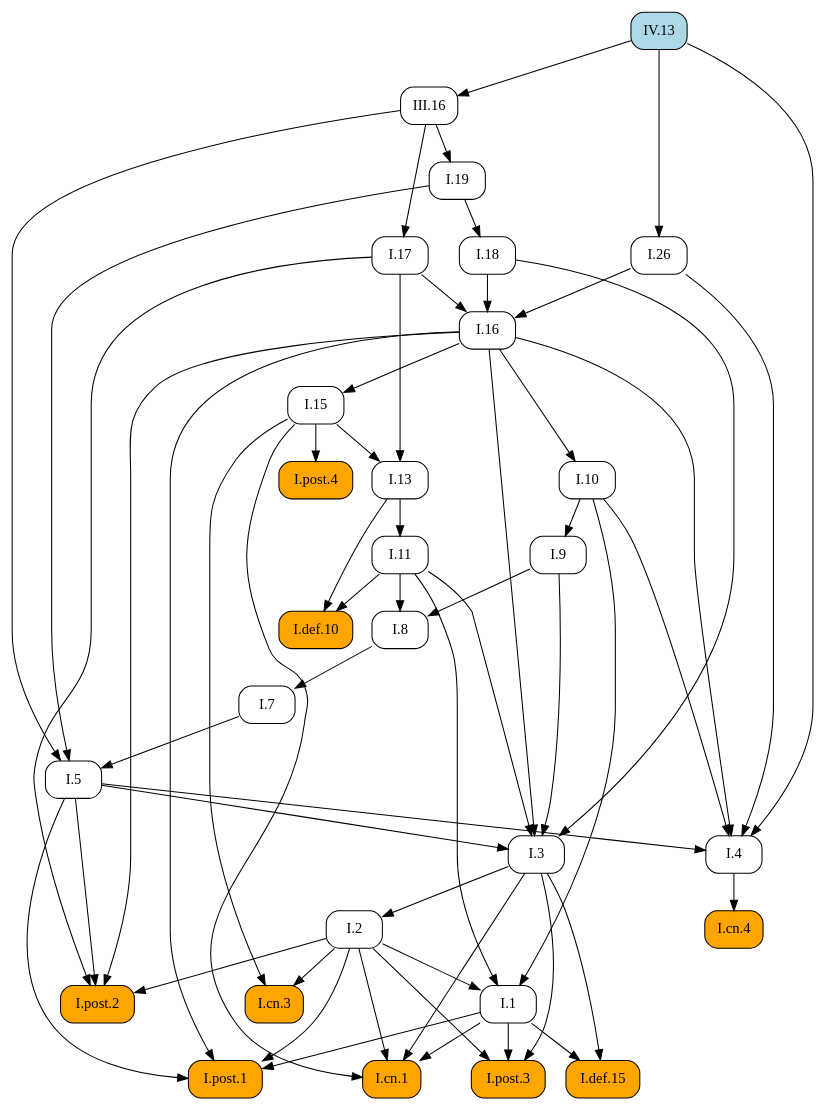
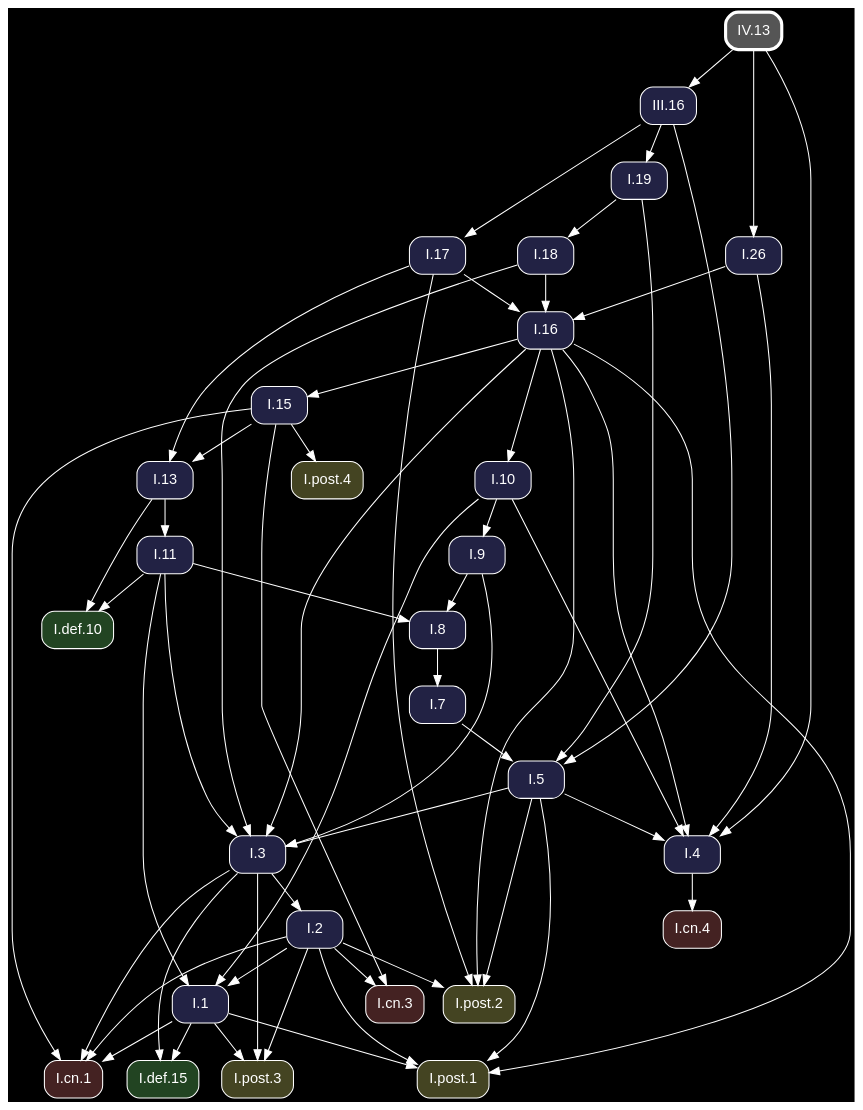
One commit to geometor/elements changed the diagram in docsrc/heath/IV/13/index.rst. Above: the diagram before and after it, drawn with Graphviz. The commit also changed other lines of this file and 1200 other files, not shown here.

Commit message:
update dependency graphs

```diff
--- a/docsrc/heath/IV/13/index.rst
+++ b/docsrc/heath/IV/13/index.rst
@@ -75,91 +75,93 @@
 .. graphviz::
 
    digraph {
+     bgcolor="black";
+     node [shape=box, style="rounded,filled", fontname="Helvetica", color="white", fontcolor="white"];
+     edge [color="white", fontcolor="white"];
      rankdir="TB";
-     node [shape=box, style=rounded];
-     "I.9" [URL="/heath/I/9/", target="_top"];
-     "I.cn.1" [style="rounded,filled", fillcolor=orange, URL="/heath/I/cn.1/", target="_top"];
-     "I.7" [URL="/heath/I/7/", target="_top"];
-     "I.2" [URL="/heath/I/2/", target="_top"];
-     "I.def.15" [style="rounded,filled", fillcolor=orange, URL="/heath/I/def.15/", target="_top"];
-     "I.13" [URL="/heath/I/13/", target="_top"];
-     "I.post.4" [style="rounded,filled", fillcolor=orange, URL="/heath/I/post.4/", target="_top"];
-     "I.4" [URL="/heath/I/4/", target="_top"];
-     "I.1" [URL="/heath/I/1/", target="_top"];
-     "I.post.3" [style="rounded,filled", fillcolor=orange, URL="/heath/I/post.3/", target="_top"];
-     "I.post.1" [style="rounded,filled", fillcolor=orange, URL="/heath/I/post.1/", target="_top"];
-     "I.5" [URL="/heath/I/5/", target="_top"];
-     "I.19" [URL="/heath/I/19/", target="_top"];
-     "I.17" [URL="/heath/I/17/", target="_top"];
-     "I.8" [URL="/heath/I/8/", target="_top"];
-     "I.cn.3" [style="rounded,filled", fillcolor=orange, URL="/heath/I/cn.3/", target="_top"];
-     "III.16" [URL="/heath/III/16/", target="_top"];
-     "I.16" [URL="/heath/I/16/", target="_top"];
-     "I.def.10" [style="rounded,filled", fillcolor=orange, URL="/heath/I/def.10/", target="_top"];
-     "I.18" [URL="/heath/I/18/", target="_top"];
-     "I.15" [URL="/heath/I/15/", target="_top"];
-     "I.10" [URL="/heath/I/10/", target="_top"];
-     "I.11" [URL="/heath/I/11/", target="_top"];
-     "I.cn.4" [style="rounded,filled", fillcolor=orange, URL="/heath/I/cn.4/", target="_top"];
-     "I.post.2" [style="rounded,filled", fillcolor=orange, URL="/heath/I/post.2/", target="_top"];
-     "I.26" [URL="/heath/I/26/", target="_top"];
-     "IV.13" [style="rounded,filled", fillcolor=lightblue, URL="/heath/IV/13/", target="_top"];
-     "I.3" [URL="/heath/I/3/", target="_top"];
-     "I.10" -> "I.9";
+     "I.3" [fillcolor="#222244", URL="/heath/I/3/", target="_top"];
+     "I.post.1" [fillcolor="#444422", URL="/heath/I/post.1/", target="_top"];
+     "I.cn.1" [fillcolor="#442222", URL="/heath/I/cn.1/", target="_top"];
+     "I.19" [fillcolor="#222244", URL="/heath/I/19/", target="_top"];
+     "I.def.10" [fillcolor="#224422", URL="/heath/I/def.10/", target="_top"];
+     "I.15" [fillcolor="#222244", URL="/heath/I/15/", target="_top"];
+     "I.11" [fillcolor="#222244", URL="/heath/I/11/", target="_top"];
+     "I.16" [fillcolor="#222244", URL="/heath/I/16/", target="_top"];
+     "I.cn.3" [fillcolor="#442222", URL="/heath/I/cn.3/", target="_top"];
+     "I.13" [fillcolor="#222244", URL="/heath/I/13/", target="_top"];
+     "IV.13" [penwidth=3, color="white", fillcolor="#555555", URL="/heath/IV/13/", target="_top"];
+     "I.2" [fillcolor="#222244", URL="/heath/I/2/", target="_top"];
+     "I.post.2" [fillcolor="#444422", URL="/heath/I/post.2/", target="_top"];
+     "I.cn.4" [fillcolor="#442222", URL="/heath/I/cn.4/", target="_top"];
+     "I.9" [fillcolor="#222244", URL="/heath/I/9/", target="_top"];
+     "I.1" [fillcolor="#222244", URL="/heath/I/1/", target="_top"];
+     "III.16" [fillcolor="#222244", URL="/heath/III/16/", target="_top"];
+     "I.post.4" [fillcolor="#444422", URL="/heath/I/post.4/", target="_top"];
+     "I.26" [fillcolor="#222244", URL="/heath/I/26/", target="_top"];
+     "I.8" [fillcolor="#222244", URL="/heath/I/8/", target="_top"];
+     "I.4" [fillcolor="#222244", URL="/heath/I/4/", target="_top"];
+     "I.post.3" [fillcolor="#444422", URL="/heath/I/post.3/", target="_top"];
+     "I.18" [fillcolor="#222244", URL="/heath/I/18/", target="_top"];
+     "I.7" [fillcolor="#222244", URL="/heath/I/7/", target="_top"];
+     "I.def.15" [fillcolor="#224422", URL="/heath/I/def.15/", target="_top"];
+     "I.5" [fillcolor="#222244", URL="/heath/I/5/", target="_top"];
+     "I.17" [fillcolor="#222244", URL="/heath/I/17/", target="_top"];
+     "I.10" [fillcolor="#222244", URL="/heath/I/10/", target="_top"];
+     "I.5" -> "I.3";
+     "I.9" -> "I.3";
+     "I.11" -> "I.3";
+     "I.16" -> "I.3";
+     "I.18" -> "I.3";
+     "I.1" -> "I.post.1";
+     "I.2" -> "I.post.1";
+     "I.5" -> "I.post.1";
+     "I.16" -> "I.post.1";
      "I.1" -> "I.cn.1";
      "I.2" -> "I.cn.1";
      "I.3" -> "I.cn.1";
      "I.15" -> "I.cn.1";
-     "I.8" -> "I.7";
-     "I.3" -> "I.2";
-     "I.1" -> "I.def.15";
-     "I.3" -> "I.def.15";
+     "III.16" -> "I.19";
+     "I.11" -> "I.def.10";
+     "I.13" -> "I.def.10";
+     "I.16" -> "I.15";
+     "I.13" -> "I.11";
+     "I.17" -> "I.16";
+     "I.18" -> "I.16";
+     "I.26" -> "I.16";
+     "I.2" -> "I.cn.3";
+     "I.15" -> "I.cn.3";
      "I.15" -> "I.13";
      "I.17" -> "I.13";
+     "I.3" -> "I.2";
+     "I.2" -> "I.post.2";
+     "I.5" -> "I.post.2";
+     "I.16" -> "I.post.2";
+     "I.17" -> "I.post.2";
+     "I.4" -> "I.cn.4";
+     "I.10" -> "I.9";
+     "I.2" -> "I.1";
+     "I.10" -> "I.1";
+     "I.11" -> "I.1";
+     "IV.13" -> "III.16";
      "I.15" -> "I.post.4";
+     "IV.13" -> "I.26";
+     "I.9" -> "I.8";
+     "I.11" -> "I.8";
      "I.5" -> "I.4";
      "I.10" -> "I.4";
      "I.16" -> "I.4";
      "I.26" -> "I.4";
      "IV.13" -> "I.4";
-     "I.2" -> "I.1";
-     "I.10" -> "I.1";
-     "I.11" -> "I.1";
      "I.1" -> "I.post.3";
      "I.2" -> "I.post.3";
      "I.3" -> "I.post.3";
-     "I.1" -> "I.post.1";
-     "I.2" -> "I.post.1";
-     "I.5" -> "I.post.1";
-     "I.16" -> "I.post.1";
+     "I.19" -> "I.18";
+     "I.8" -> "I.7";
+     "I.1" -> "I.def.15";
+     "I.3" -> "I.def.15";
      "I.7" -> "I.5";
      "I.19" -> "I.5";
      "III.16" -> "I.5";
-     "III.16" -> "I.19";
      "III.16" -> "I.17";
-     "I.9" -> "I.8";
-     "I.11" -> "I.8";
-     "I.2" -> "I.cn.3";
-     "I.15" -> "I.cn.3";
-     "IV.13" -> "III.16";
-     "I.17" -> "I.16";
-     "I.18" -> "I.16";
-     "I.26" -> "I.16";
-     "I.11" -> "I.def.10";
-     "I.13" -> "I.def.10";
-     "I.19" -> "I.18";
-     "I.16" -> "I.15";
      "I.16" -> "I.10";
-     "I.13" -> "I.11";
-     "I.4" -> "I.cn.4";
-     "I.2" -> "I.post.2";
-     "I.5" -> "I.post.2";
-     "I.16" -> "I.post.2";
-     "I.17" -> "I.post.2";
-     "IV.13" -> "I.26";
-     "I.5" -> "I.3";
-     "I.9" -> "I.3";
-     "I.11" -> "I.3";
-     "I.16" -> "I.3";
-     "I.18" -> "I.3";
    }
```
